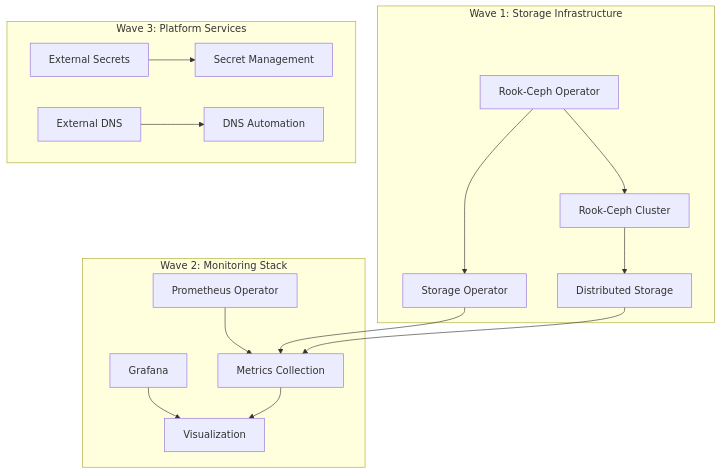
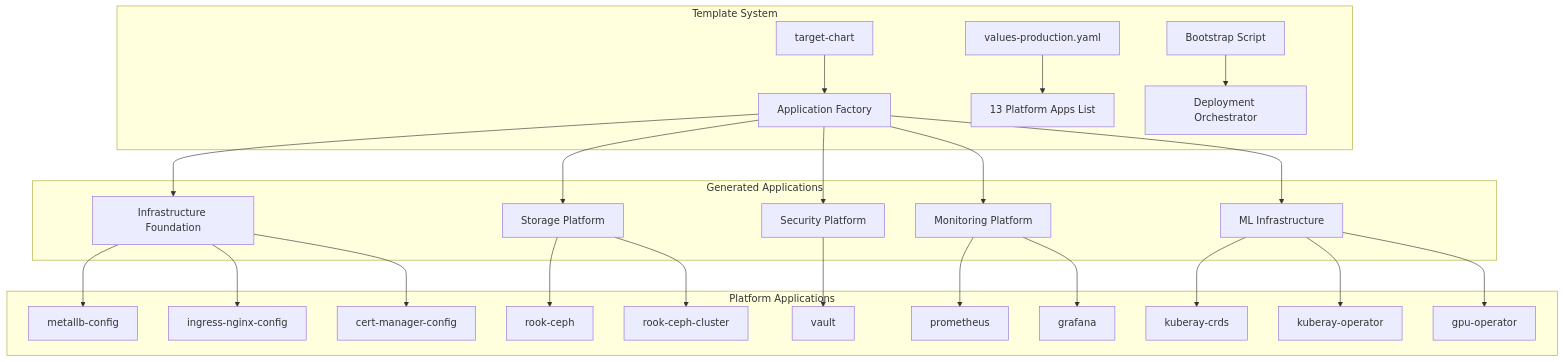
One commit to pnow-devsupreme/pn-infra changed the third of 4 diagrams in v0.2.0/README.md. Above: the diagram before and after it, drawn with Mermaid. The commit also changed other lines of this file and 2 other files, not shown here.

Commit message:
docs(root): update documentation to better describe the current architecture details

````diff
--- a/v0.2.0/README.md
+++ b/v0.2.0/README.md
@@ -87,22 +94,30 @@
 ```mermaid
 graph TB
-    subgraph "Wave 1: Storage Infrastructure"
-        A[Rook-Ceph Operator] --> B[Storage Operator]
-        C[Rook-Ceph Cluster] --> D[Distributed Storage]
+    subgraph "Template System"
+        A[target-chart] --> B[Application Factory]
+        C[values-production.yaml] --> D[13 Platform Apps List]
+        E[Bootstrap Script] --> F[Deployment Orchestrator]
     end
     
-    subgraph "Wave 2: Monitoring Stack"
-        E[Prometheus Operator] --> F[Metrics Collection]
-        G[Grafana] --> H[Visualization]
+    subgraph "Generated Applications"
+        B --> G[Infrastructure Foundation]
+        B --> H[Storage Platform]
+        B --> I[Security Platform]
+        B --> J[Monitoring Platform]
+        B --> K[ML Infrastructure]
     end
     
-    subgraph "Wave 3: Platform Services"
-        I[External Secrets] --> J[Secret Management]
-        K[External DNS] --> L[DNS Automation]
+    subgraph "Platform Applications"
+        G --> L[metallb-config]
+        G --> M[ingress-nginx-config]
+        G --> N[cert-manager-config]
+        H --> O[rook-ceph]
+        H --> P[rook-ceph-cluster]
+        I --> Q[vault]
+        J --> R[prometheus]
+        J --> S[grafana]
+        K --> T[kuberay-crds]
+        K --> U[kuberay-operator]
+        K --> V[gpu-operator]
     end
-    
-    A --> C
-    B --> F
-    D --> F
-    F --> H
 ```
````
